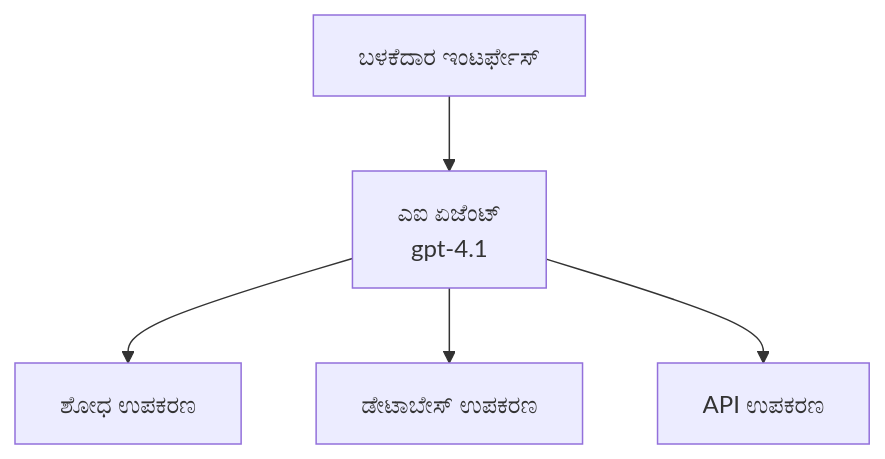
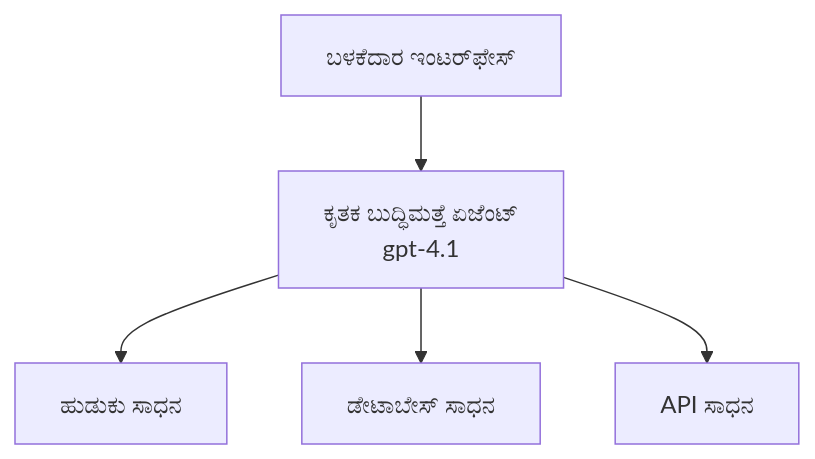
One commit to microsoft/AZD-for-beginners changed the first of 3 diagrams in translations/kn/docs/chapter-02-ai-development/agents.md. Above: the diagram before and after it, drawn with Mermaid. The commit also changed other lines of this file and 101 other files, not shown here.

````diff
--- a/translations/kn/docs/chapter-02-ai-development/agents.md
+++ b/translations/kn/docs/chapter-02-ai-development/agents.md
@@ -152,7 +157,7 @@
 ```mermaid
 graph TD
-    UI[ಬಳಕೆದಾರ ಇಂಟರ್ಫೇಸ್] --> Agent[ಎಐ ಏಜೆಂಟ್<br/>gpt-4.1]
-    Agent --> Search[ಶೋಧ ಉಪಕರಣ]
-    Agent --> Database[ಡೇಟಾಬೇಸ್ ಉಪಕರಣ]
-    Agent --> API[API ಉಪಕರಣ]
+    UI[ಬಳಕೆದಾರ ಇಂಟರ್‌ಫೇಸ್] --> Agent[ಕೃತಕ ಬುದ್ಧಿಮತ್ತೆ ಏಜೆಂಟ್<br/>gpt-4.1]
+    Agent --> Search[ಹುಡುಕು ಸಾಧನ]
+    Agent --> Database[ಡೇಟಾಬೇಸ್ ಸಾಧನ]
+    Agent --> API[API ಸಾಧನ]
 ```
````
